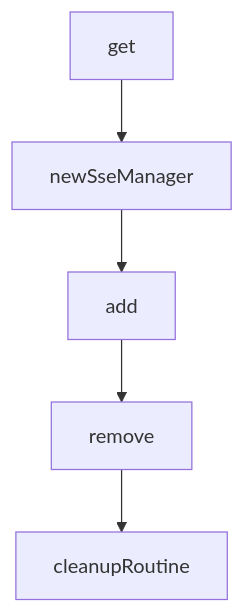
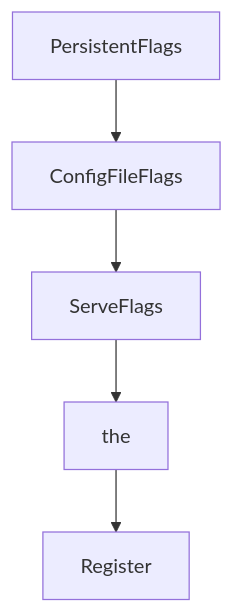
Before and after one commit to johnxie/awesome-code-docs: the diagram in tutorials/genai-toolbox-tutorial/04-mcp-connectivity-and-client-integration.md, drawn with Mermaid. The commit also changed other lines of this file and 1232 other files, not shown here.

````diff
--- a/tutorials/genai-toolbox-tutorial/04-mcp-connectivity-and-client-integration.md
+++ b/tutorials/genai-toolbox-tutorial/04-mcp-connectivity-and-client-integration.md
@@ -210,12 +191,12 @@
 ```mermaid
 flowchart TD
-    A[get]
-    B[newSseManager]
-    C[add]
-    D[remove]
-    E[cleanupRoutine]
+    A[PersistentFlags]
+    B[ConfigFileFlags]
+    C[ServeFlags]
+    D[the]
+    E[Register]
     A --> B
     B --> C
     C --> D
     D --> E
 ```
````
